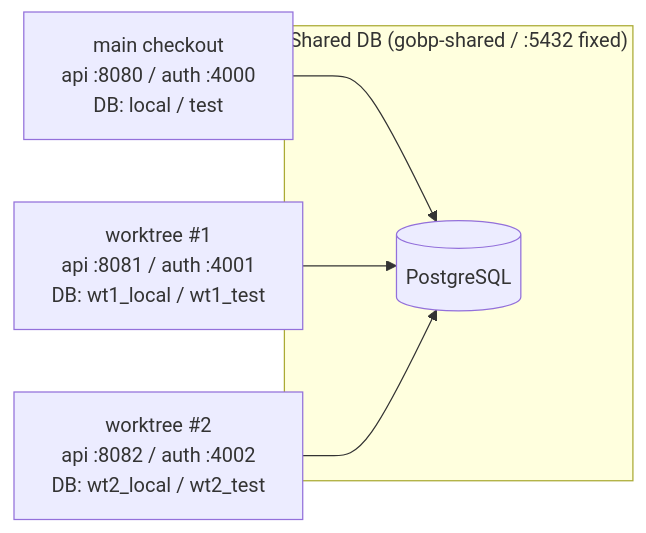
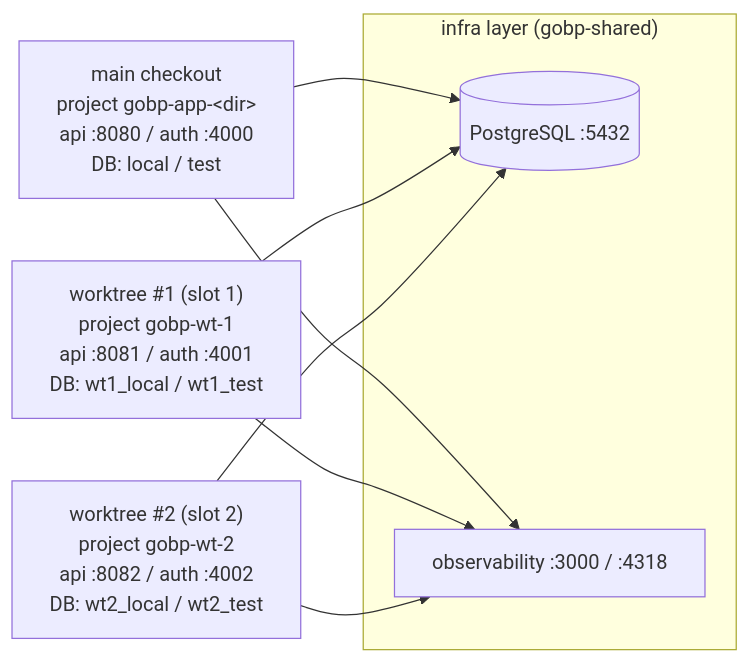
The second of 2 diagrams in docs/maintenance/local-environment.md (Tomy-ch/go-boilerplate), drawn with Mermaid before and after one commit. The commit also changed other lines of this file and 9 other files, not shown here.

````diff
--- a/docs/maintenance/local-environment.md
+++ b/docs/maintenance/local-environment.md
@@ -83,9 +116,17 @@
 ```mermaid
 graph LR
-  subgraph shared["Shared DB (gobp-shared / :5432 fixed)"]
-    pg[("PostgreSQL")]
+  subgraph shared["infra layer (gobp-shared)"]
+    pg[("PostgreSQL :5432")]
+    obs["observability :3000 / :4318"]
   end
-  main["main checkout<br/>api :8080 / auth :4000<br/>DB: local / test"] --> pg
-  wt1["worktree #1<br/>api :8081 / auth :4001<br/>DB: wt1_local / wt1_test"] --> pg
-  wt2["worktree #2<br/>api :8082 / auth :4002<br/>DB: wt2_local / wt2_test"] --> pg
+  main["main checkout<br/>project gobp-app-&lt;dir&gt;<br/>api :8080 / auth :4000<br/>DB: local / test"]
+  wt1["worktree #1 (slot 1)<br/>project gobp-wt-1<br/>api :8081 / auth :4001<br/>DB: wt1_local / wt1_test"]
+  wt2["worktree #2 (slot 2)<br/>project gobp-wt-2<br/>api :8082 / auth :4002<br/>DB: wt2_local / wt2_test"]
+
+  main --> pg
+  wt1 --> pg
+  wt2 --> pg
+  main --> obs
+  wt1 --> obs
+  wt2 --> obs
 ```
````
